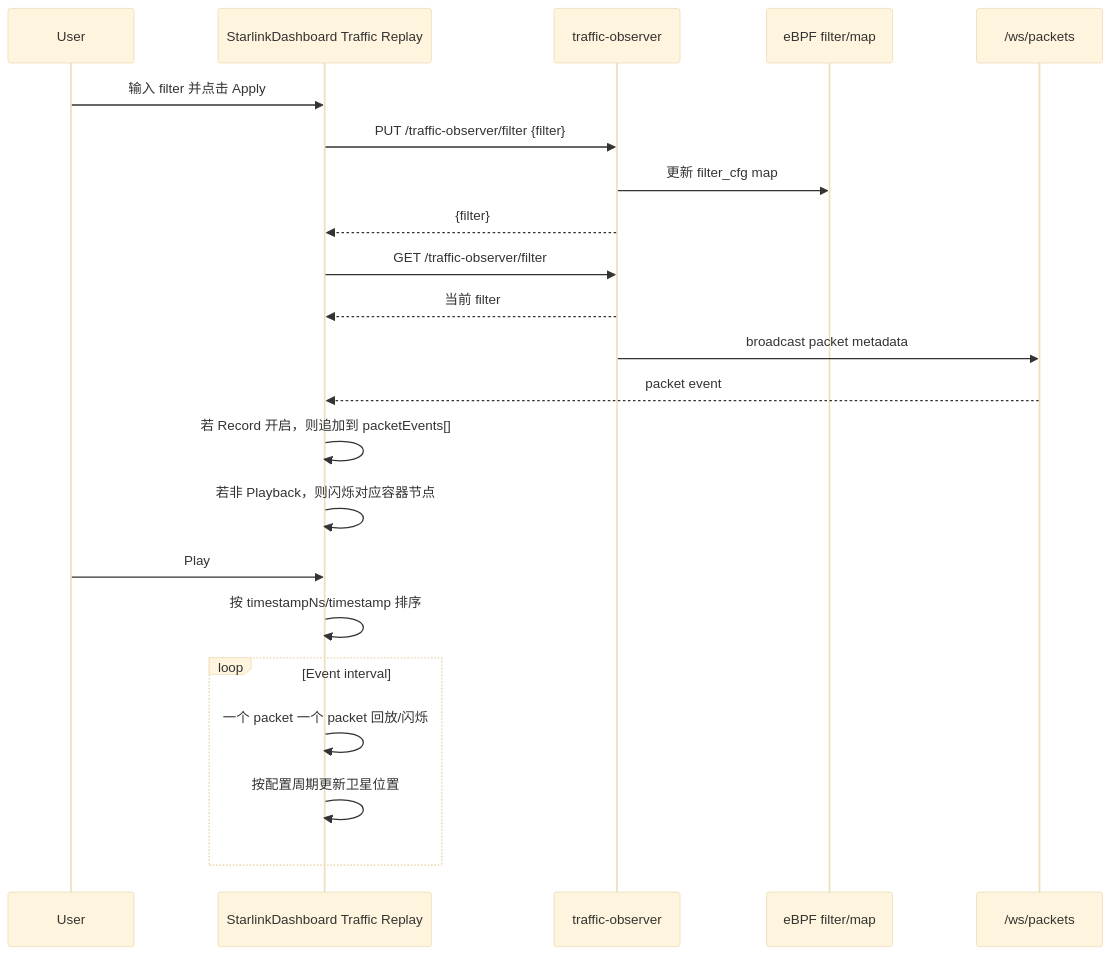
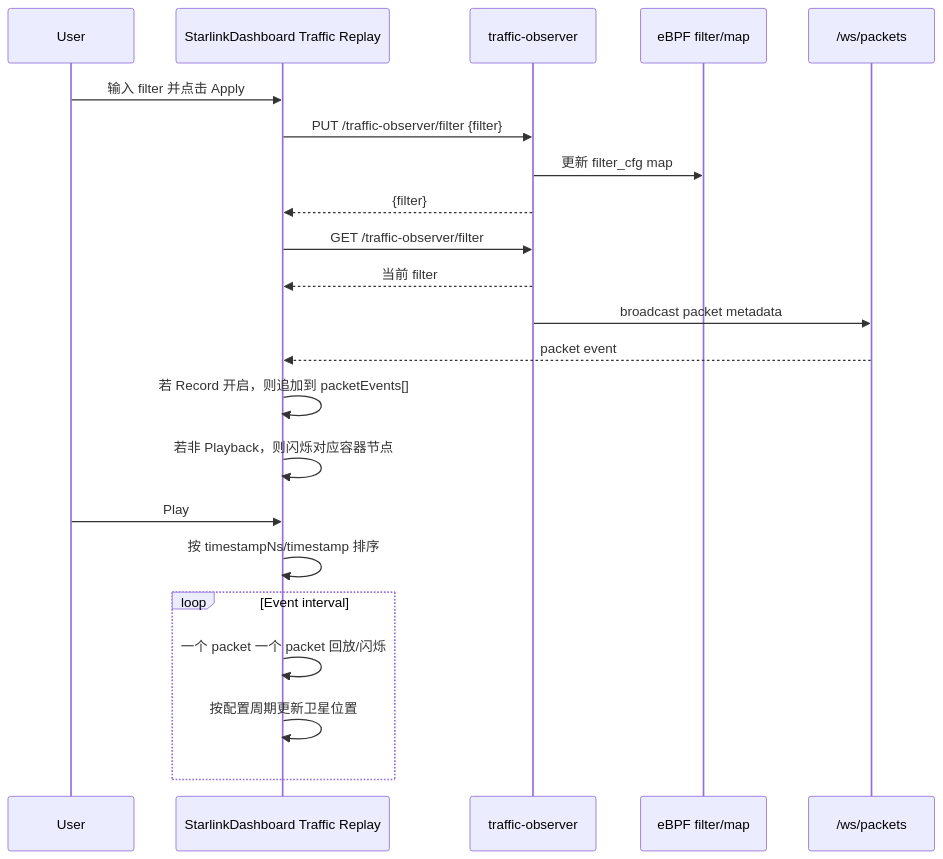
Before and after one commit to cy-gitlab/seed-visualization: the ninth of 10 diagrams in docs/architecture.md, drawn with Mermaid. The commit also changed other lines of this file, not shown here.

````diff
--- a/docs/architecture.md
+++ b/docs/architecture.md
@@ -396,29 +396,29 @@
 ```mermaid
-%%{init: {"theme": "base", "themeVariables": {"fontSize": "22px", "fontFamily": "Arial, Microsoft YaHei, sans-serif"}, "sequence": {"actorFontSize": 22, "messageFontSize": 20, "noteFontSize": 20, "actorMargin": 100, "messageMargin": 60, "boxMargin": 16}} }%%
+%%{init: {"flowchart": {"useMaxWidth": true, "htmlLabels": true}} }%%
 sequenceDiagram
   participant User as User
   participant UI as StarlinkDashboard Traffic Replay
   participant TO as traffic-observer
   participant EBPF as eBPF filter/map
   participant WS as /ws/packets
 
   User->>UI: 输入 filter 并点击 Apply
   UI->>TO: PUT /traffic-observer/filter {filter}
   TO->>EBPF: 更新 filter_cfg map
   TO-->>UI: {filter}
 
   UI->>TO: GET /traffic-observer/filter
   TO-->>UI: 当前 filter
 
   TO->>WS: broadcast packet metadata
   WS-->>UI: packet event
   UI->>UI: 若 Record 开启，则追加到 packetEvents[]
   UI->>UI: 若非 Playback，则闪烁对应容器节点
 
   User->>UI: Play
   UI->>UI: 按 timestampNs/timestamp 排序
   loop Event interval
     UI->>UI: 一个 packet 一个 packet 回放/闪烁
     UI->>UI: 按配置周期更新卫星位置
   end
 ```
````
